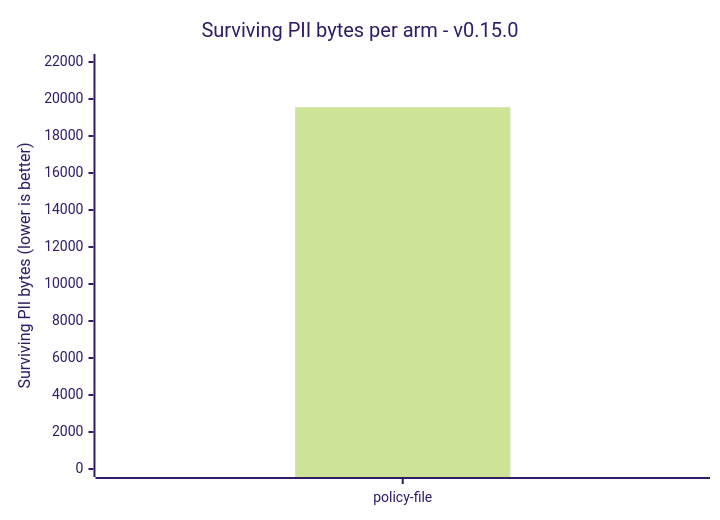
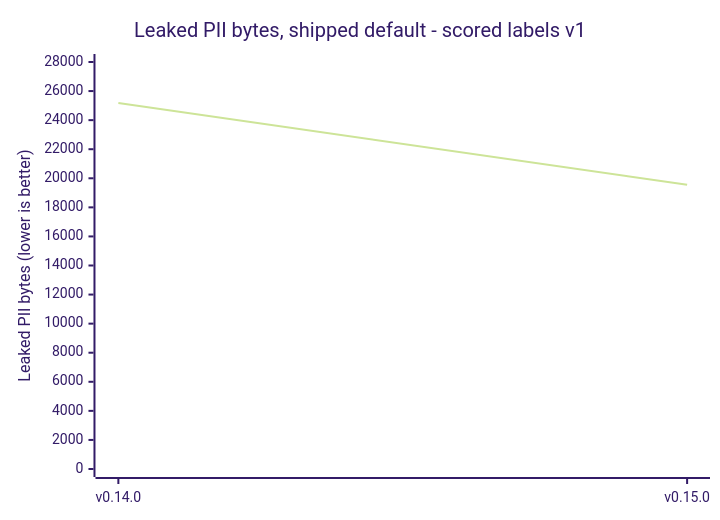
The second of 3 diagrams in docs/reference/benchmarks/README.md (CertaMesh/gaze), drawn with Mermaid (forest theme) before and after one commit. The commit also changed other lines of this file and 3 other files, not shown here.

First line of the commit message:
docs(bench): chart each release's shipped default and add a README chart

````diff
--- a/docs/reference/benchmarks/README.md
+++ b/docs/reference/benchmarks/README.md
@@ -338,7 +348,7 @@
 ```mermaid
 xychart-beta
-    title "Surviving PII bytes per arm - v0.15.0"
-    x-axis ["policy-file"]
-    y-axis "Surviving PII bytes (lower is better)" 0 --> 22000
-    bar [19556]
+    title "Leaked PII bytes, shipped default - scored labels v1"
+    x-axis ["v0.14.0", "v0.15.0"]
+    y-axis "Leaked PII bytes (lower is better)" 0 --> 28000
+    line [25179, 19556]
 ```
````
